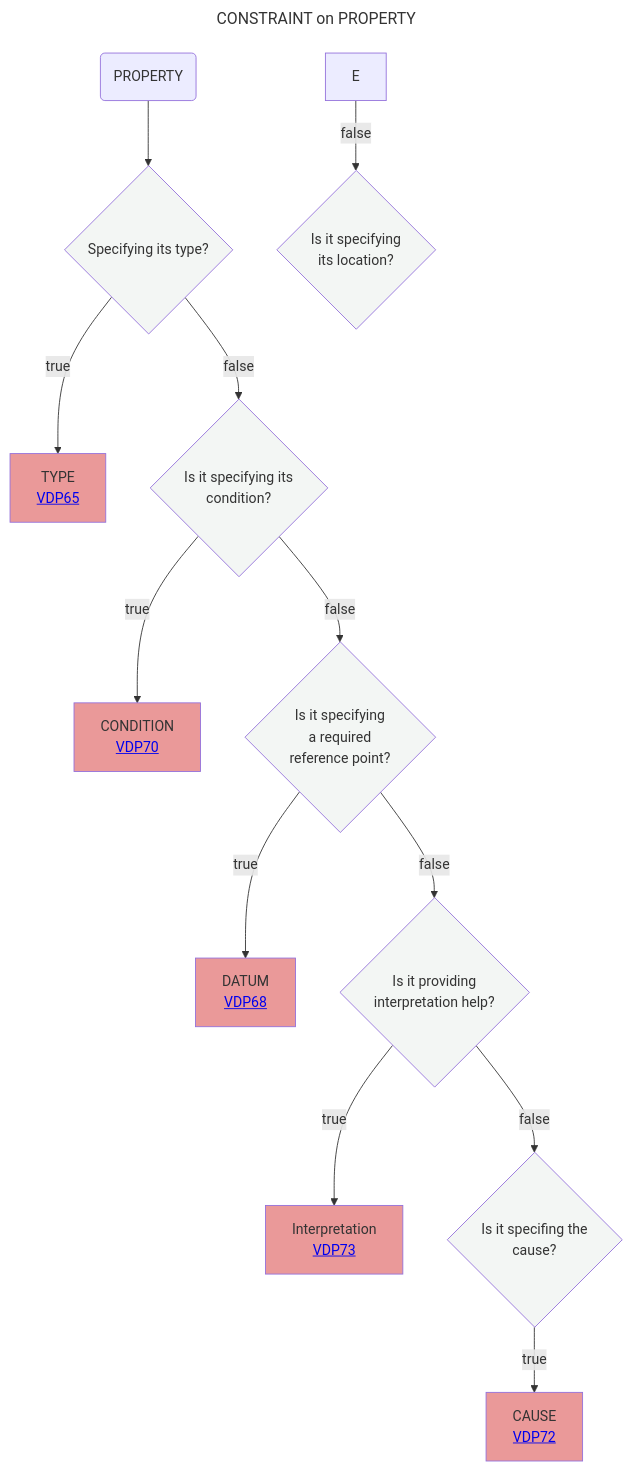
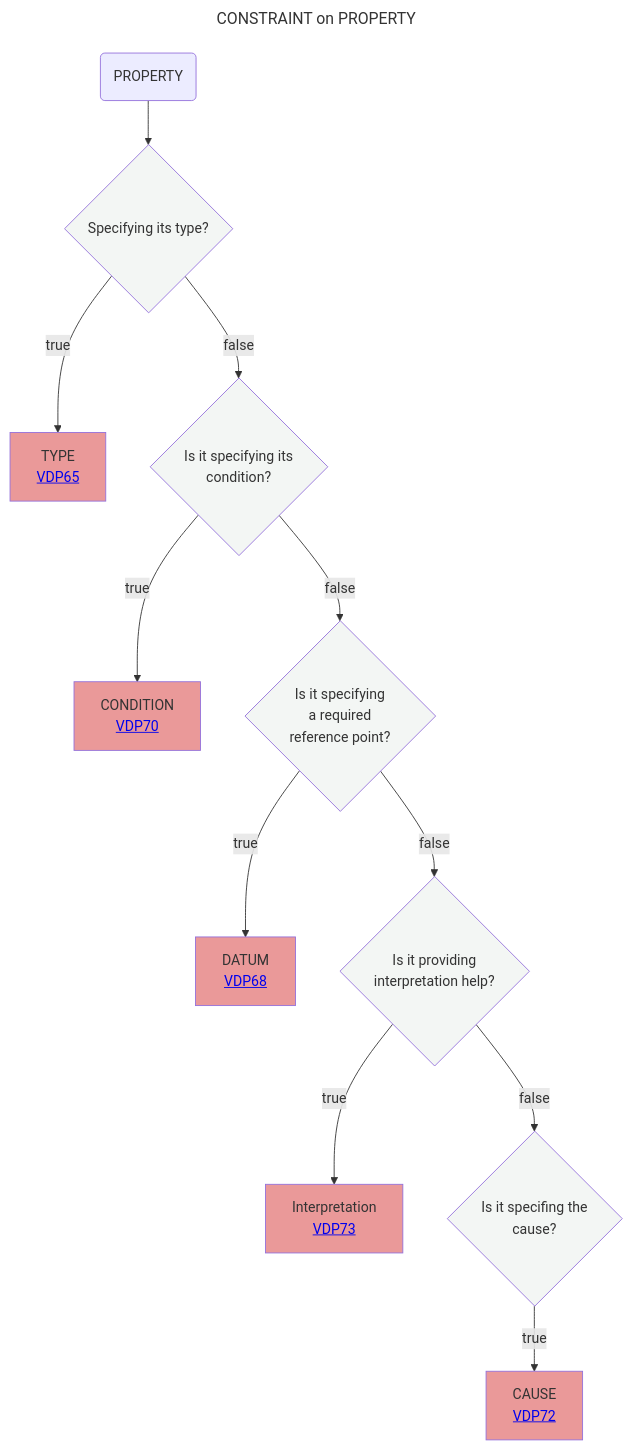
Before and after one commit to mabablue/I-ADOPT-patterns-playground: the diagram in Decisition_trees/DT9.mmd, drawn with Mermaid.

```diff
--- a/Decisition_trees/DT9.mmd
+++ b/Decisition_trees/DT9.mmd
@@ -1,20 +1,19 @@
 ---
 title: CONSTRAINT on PROPERTY
 ---
 flowchart TD
     A(PROPERTY)  --> B{Specifying its type?}:::white
     B --> |true|C[TYPE <br> <a href='https://github.com/mabablue/I-ADOPT-patterns-playground/blob/main/pattern/VDP65.yaml'>VDP65</a>]:::rose
     B --> |false|G{Is it specifying its <br> condition?}:::white
-    E --> |false|R{Is it specifying <br> its location?}:::white
     G --> |true|H[CONDITION <br> <a href='https://github.com/mabablue/I-ADOPT-patterns-playground/blob/main/pattern/VDP70.yaml'>VDP70</a>]:::rose
     G --> |false|I{Is it specifying <br> a required <br> reference point?}:::white
     I --> |true|K[DATUM <br> <a href='https://github.com/mabablue/I-ADOPT-patterns-playground/blob/main/pattern/VDP68.yaml'>VDP68</a>]:::rose
     I --> |false|L{Is it providing <br> interpretation help?}:::white
     L --> |true|M[Interpretation <br> <a href='https://github.com/mabablue/I-ADOPT-patterns-playground/blob/main/pattern/VDP73.yaml'>VDP73</a>]:::rose
     L --> |false|N{Is it specifing the <br> cause?}:::white
     N --> |true|O[CAUSE<br> <a href='https://github.com/mabablue/I-ADOPT-patterns-playground/blob/main/pattern/VDP72.yaml'>VDP72</a>]:::rose
    classDef blue fill:#90D5FF
    classDef satblue fill:#57B9FF 
    classDef white fill:#f3f6f4
    classDef green fill:#6aa84f
    classDef rose fill:#ea9999
```
